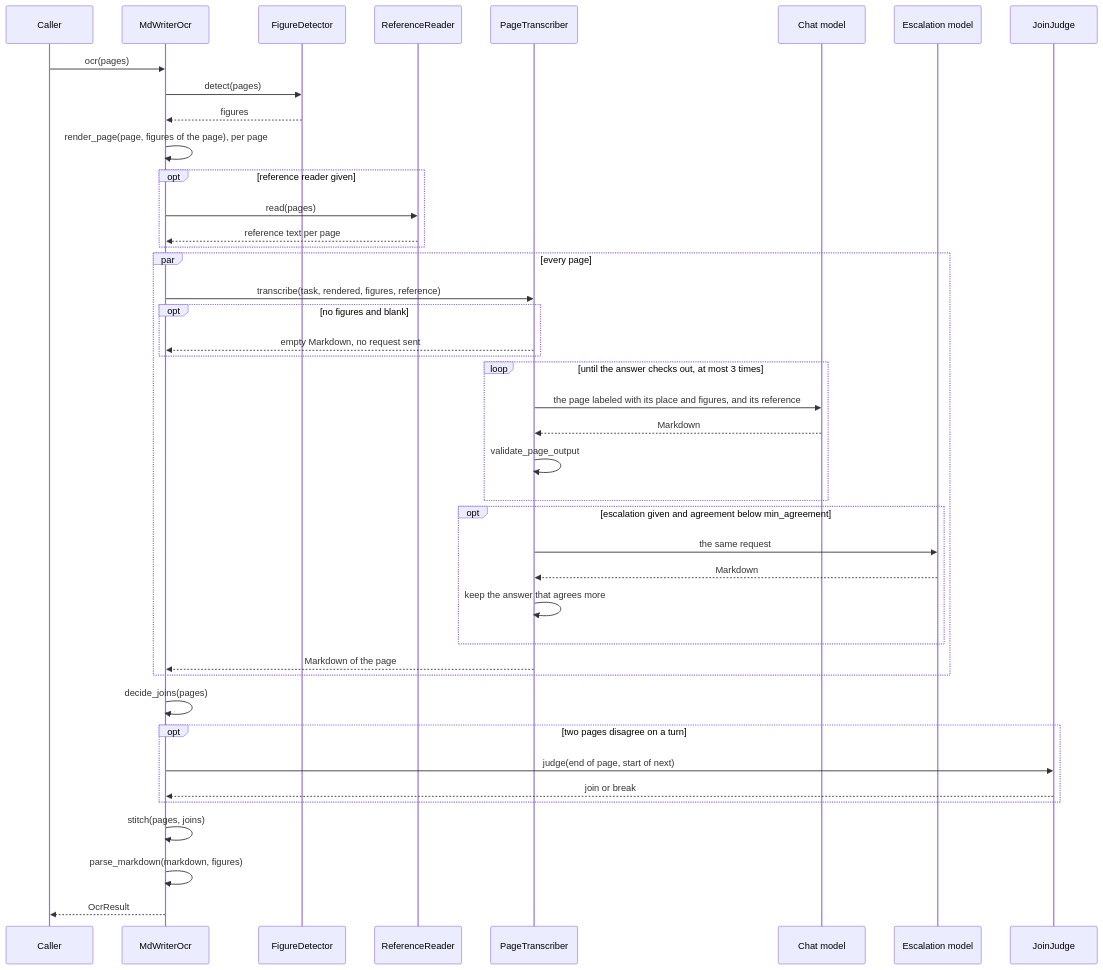
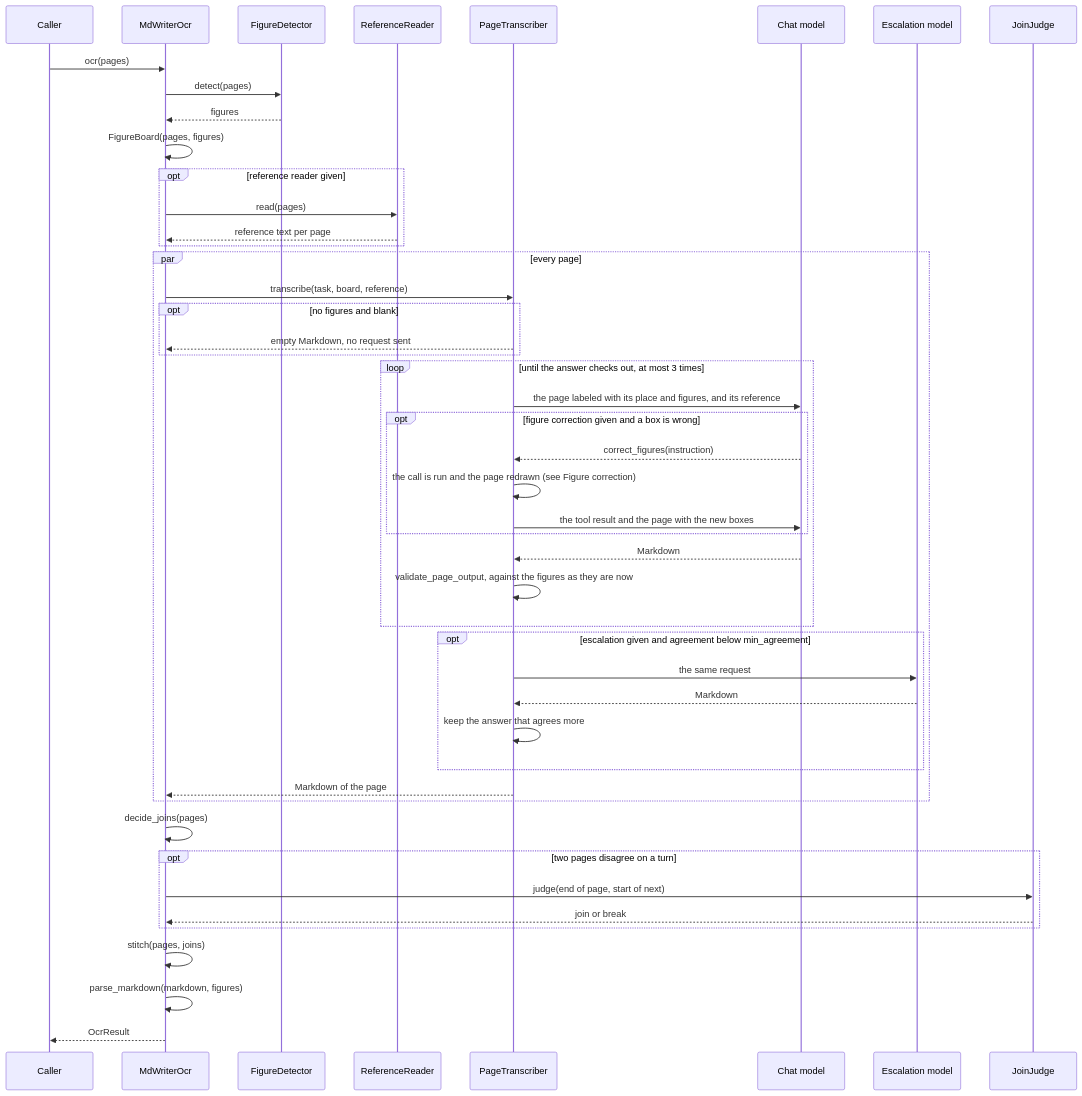
One commit to konbraphat51/SuperSuat changed the fourth of 4 diagrams in Uploader/OcrModule/MdWriter/Docs/MdWriterOcr.md. Above: the diagram before and after it, drawn with Mermaid. The commit also changed other lines of this file and 3 other files, not shown here.

Commit message:
docs: describe the figure correction and the FigureBoard, with class and sequence diagrams

````diff
--- a/Uploader/OcrModule/MdWriter/Docs/MdWriterOcr.md
+++ b/Uploader/OcrModule/MdWriter/Docs/MdWriterOcr.md
@@ -241,44 +337,49 @@
 ```mermaid
 sequenceDiagram
     participant Caller
     participant L as MdWriterOcr
     participant D as FigureDetector
     participant X as ReferenceReader
     participant T as PageTranscriber
     participant M as Chat model
     participant E as Escalation model
     participant J as JoinJudge
     Caller->>L: ocr(pages)
     L->>D: detect(pages)
     D-->>L: figures
-    L->>L: render_page(page, figures of the page), per page
+    L->>L: FigureBoard(pages, figures)
     opt reference reader given
         L->>X: read(pages)
         X-->>L: reference text per page
     end
     par every page
-        L->>T: transcribe(task, rendered, figures, reference)
+        L->>T: transcribe(task, board, reference)
         opt no figures and blank
             T-->>L: empty Markdown, no request sent
         end
         loop until the answer checks out, at most 3 times
             T->>M: the page labeled with its place and figures, and its reference
+            opt figure correction given and a box is wrong
+                M-->>T: correct_figures(instruction)
+                T->>T: the call is run and the page redrawn (see Figure correction)
+                T->>M: the tool result and the page with the new boxes
+            end
             M-->>T: Markdown
-            T->>T: validate_page_output
+            T->>T: validate_page_output, against the figures as they are now
         end
         opt escalation given and agreement below min_agreement
             T->>E: the same request
             E-->>T: Markdown
             T->>T: keep the answer that agrees more
         end
         T-->>L: Markdown of the page
     end
     L->>L: decide_joins(pages)
     opt two pages disagree on a turn
         L->>J: judge(end of page, start of next)
         J-->>L: join or break
     end
     L->>L: stitch(pages, joins)
     L->>L: parse_markdown(markdown, figures)
     L-->>Caller: OcrResult
 ```
````
